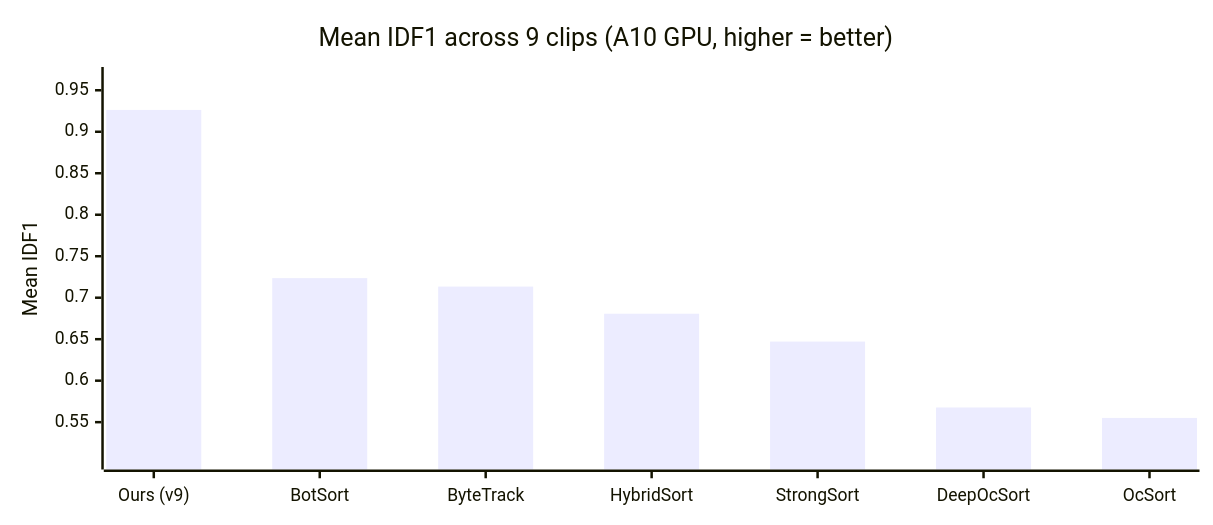
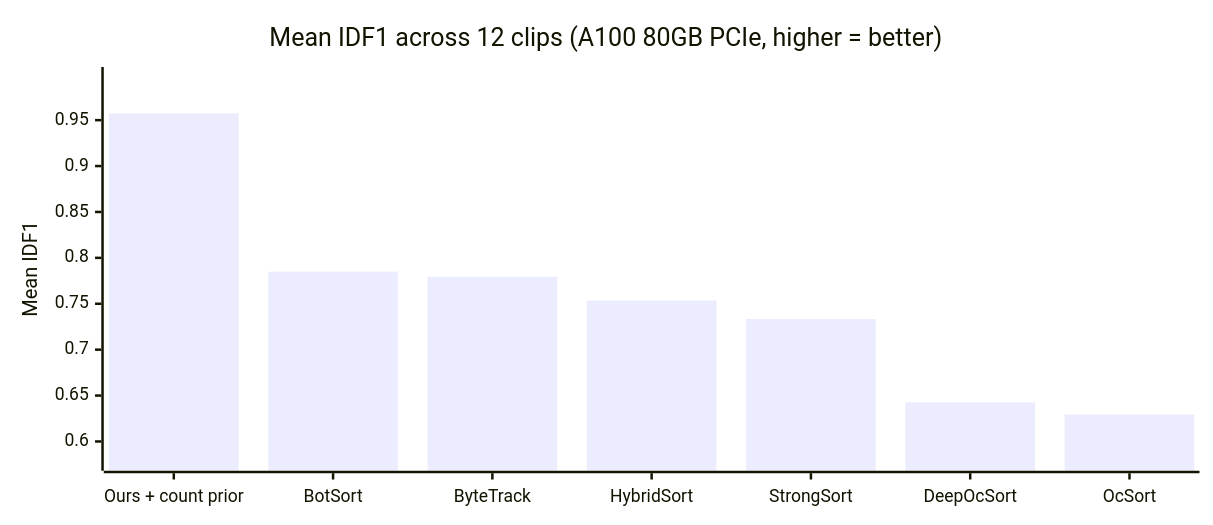
One commit to arnavchokshi/swaySort changed the first of 2 diagrams in docs/figures/full_benchmark/_mermaid_snippets.md. Above: the diagram before and after it, drawn with Mermaid. The commit also changed other lines of this file and 153 other files, not shown here.

````diff
--- a/docs/figures/full_benchmark/_mermaid_snippets.md
+++ b/docs/figures/full_benchmark/_mermaid_snippets.md
@@ -5,13 +5,13 @@
 ```mermaid
 ---
 config:
   xyChart:
     width: 950
     height: 400
 ---
 xychart-beta
-  title "Mean IDF1 across 9 clips (A10 GPU, higher = better)"
-  x-axis ["Ours (v9)", "BotSort", "ByteTrack", "HybridSort", "StrongSort", "DeepOcSort", "OcSort"]
-  y-axis "Mean IDF1" 0.505 --> 0.966
-  bar [0.9263, 0.7236, 0.7134, 0.6807, 0.6471, 0.5677, 0.5551]
+  title "Mean IDF1 across 12 clips (A100 80GB PCIe, higher = better)"
+  x-axis ["Ours + count prior", "BotSort", "ByteTrack", "HybridSort", "StrongSort", "DeepOcSort", "OcSort"]
+  y-axis "Mean IDF1" 0.579 --> 0.997
+  bar [0.9573, 0.7850, 0.7795, 0.7535, 0.7334, 0.6425, 0.6294]
 ```
````
